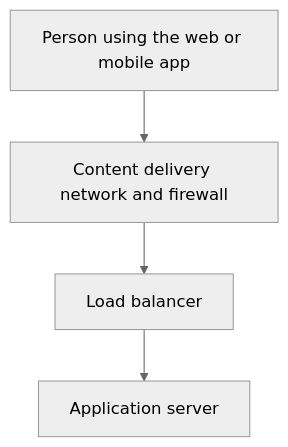
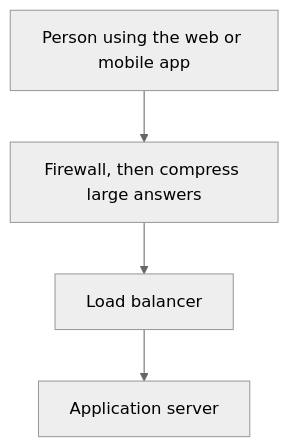
One commit to nirvaychaudhary/Dogma-Group-Assessment changed the first of 3 diagrams in docs/diagrams/01-high-level-architecture.md. Above: the diagram before and after it, drawn with Mermaid (neutral theme). The commit also changed other lines of this file and 9 other files, not shown here.

````diff
--- a/docs/diagrams/01-high-level-architecture.md
+++ b/docs/diagrams/01-high-level-architecture.md
@@ -13,9 +13,9 @@
 ```mermaid
 flowchart TB
     person[Person using the web or mobile app]
-    edge[Content delivery network and firewall]
+    edge[Firewall, then compress large answers]
     balancer[Load balancer]
     app[Application server]
 
     person --> edge --> balancer --> app
 ```
````
